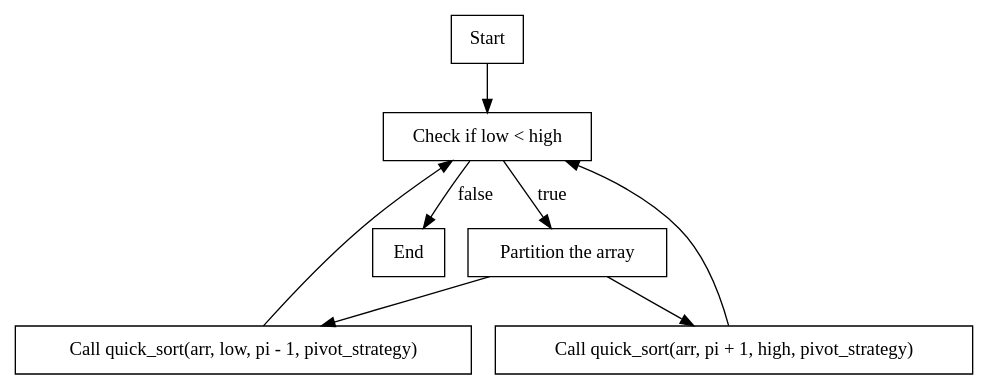
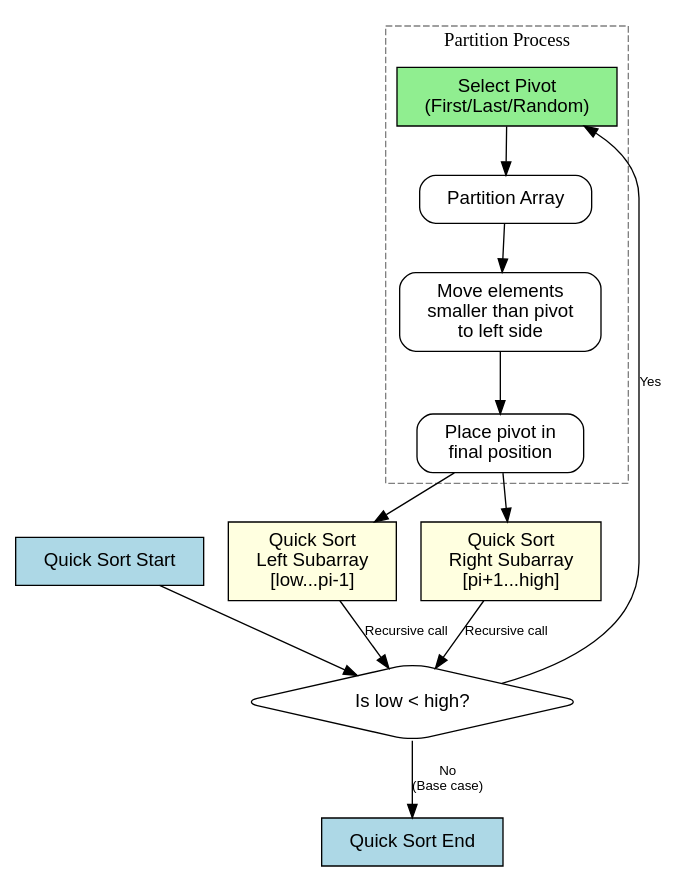
The diagram in dotgraphs/quick-sort.dot (mbn-code/Algoritmeanalyse-og-optimering), drawn with Graphviz before and after one commit. The commit also changed 1 other file, not shown here.

Commit message:
Enhance QuickSort visualization with detailed process steps and improved styling; add new visualizer for data parsing and plotting components

```diff
--- a/dotgraphs/quick-sort.dot
+++ b/dotgraphs/quick-sort.dot
@@ -1,18 +1,50 @@
 digraph QuickSort {
-    node [shape=box];
+    rankdir=TB;
+    node [shape=box, style=rounded, fontname="Arial", margin="0.3,0.1"];
+    edge [fontname="Arial", fontsize=10];
 
-    start [label="Start"];
-    check_base_case [label="Check if low < high"];
-    partition [label="Partition the array"];
-    call_quick_sort_left [label="Call quick_sort(arr, low, pi - 1, pivot_strategy)"];
-    call_quick_sort_right [label="Call quick_sort(arr, pi + 1, high, pivot_strategy)"];
-    end [label="End"];
+    // Main QuickSort Process
+    start [label="Quick Sort Start", style=filled, fillcolor=lightblue];
+    check_base_case [label="Is low < high?", shape=diamond];
+    
+    // Partition Process
+    select_pivot [label="Select Pivot\n(First/Last/Random)", style=filled, fillcolor=lightgreen];
+    partition_start [label="Partition Array"];
+    move_smaller [label="Move elements\nsmaller than pivot\nto left side"];
+    place_pivot [label="Place pivot in\nfinal position"];
+    
+    // Recursive Calls
+    quick_sort_left [label="Quick Sort\nLeft Subarray\n[low...pi-1]", style=filled, fillcolor=lightyellow];
+    quick_sort_right [label="Quick Sort\nRight Subarray\n[pi+1...high]", style=filled, fillcolor=lightyellow];
+    
+    end [label="Quick Sort End", style=filled, fillcolor=lightblue];
 
+    // Connections
     start -> check_base_case;
-    check_base_case -> end [label="false"];
-    check_base_case -> partition [label="true"];
-    partition -> call_quick_sort_left;
-    partition -> call_quick_sort_right;
-    call_quick_sort_left -> check_base_case;
-    call_quick_sort_right -> check_base_case;
+    check_base_case -> end [label="No\n(Base case)"];
+    check_base_case -> select_pivot [label="Yes"];
+    
+    select_pivot -> partition_start;
+    partition_start -> move_smaller;
+    move_smaller -> place_pivot;
+    
+    place_pivot -> quick_sort_left;
+    place_pivot -> quick_sort_right;
+    
+    quick_sort_left -> check_base_case [label="Recursive call"];
+    quick_sort_right -> check_base_case [label="Recursive call"];
+
+    // Subgraph for partition details
+    subgraph cluster_partition {
+        label = "Partition Process";
+        style = dashed;
+        color = gray;
+        select_pivot;
+        partition_start;
+        move_smaller;
+        place_pivot;
+    }
+
+    // Add some invisible edges to improve layout
+    {rank=same; quick_sort_left; quick_sort_right}
 }
```
